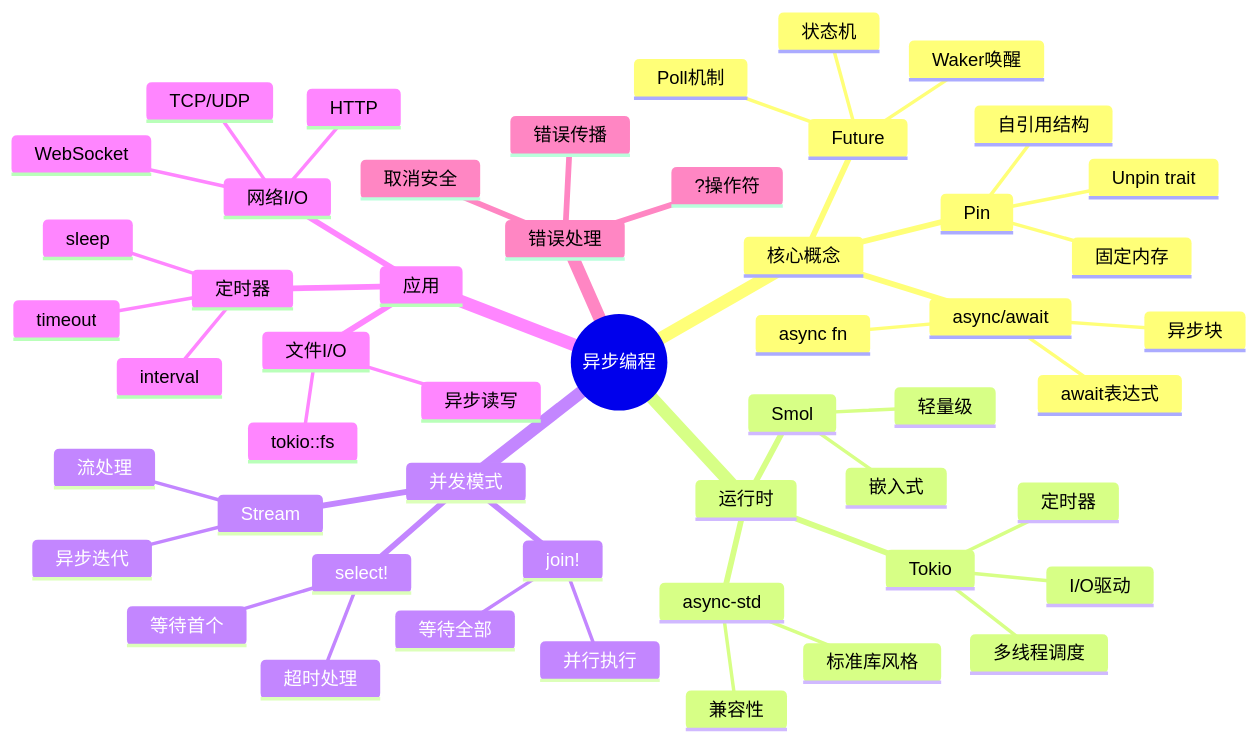
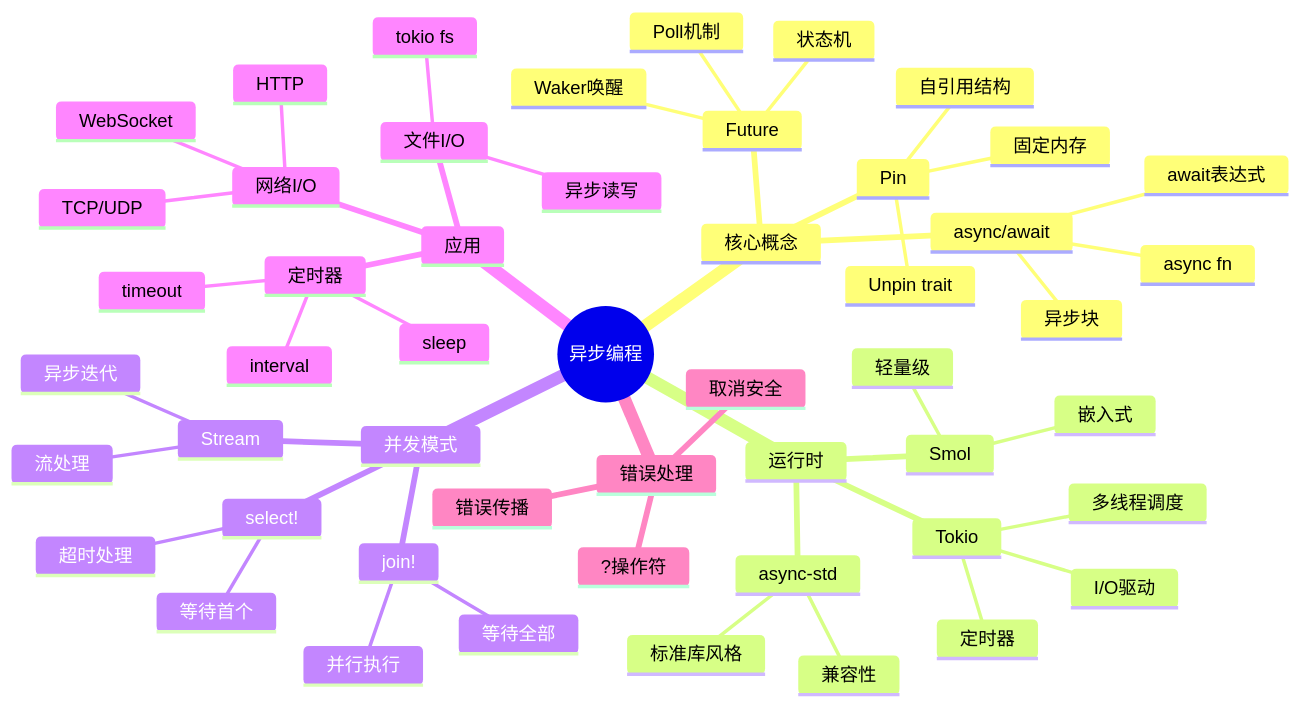
One commit to martin-ly/rust-lang changed the eighth of 19 diagrams in docs/04_thinking/04_mind_map_collection.md. Above: the diagram before and after it, drawn with Mermaid. The commit also changed other lines of this file and 97 other files, not shown here.

````diff
--- a/docs/04_thinking/04_mind_map_collection.md
+++ b/docs/04_thinking/04_mind_map_collection.md
@@ -482,54 +482,54 @@
 ```mermaid
 mindmap
   root((异步编程))
     核心概念
       Future
         Poll机制
         Waker唤醒
         状态机
       async/await
         async fn
         await表达式
         异步块
       Pin
         固定内存
         自引用结构
         Unpin trait
     运行时
       Tokio
         多线程调度
         I/O驱动
         定时器
       async-std
         标准库风格
         兼容性
       Smol
         轻量级
         嵌入式
     并发模式
       join!
         等待全部
         并行执行
       select!
         等待首个
         超时处理
       Stream
         异步迭代
         流处理
     应用
       网络I/O
         TCP/UDP
         HTTP
         WebSocket
       文件I/O
-        tokio::fs
+        tokio fs
         异步读写
       定时器
         sleep
         interval
         timeout
     错误处理
       ?操作符
       错误传播
       取消安全
 ```
````
